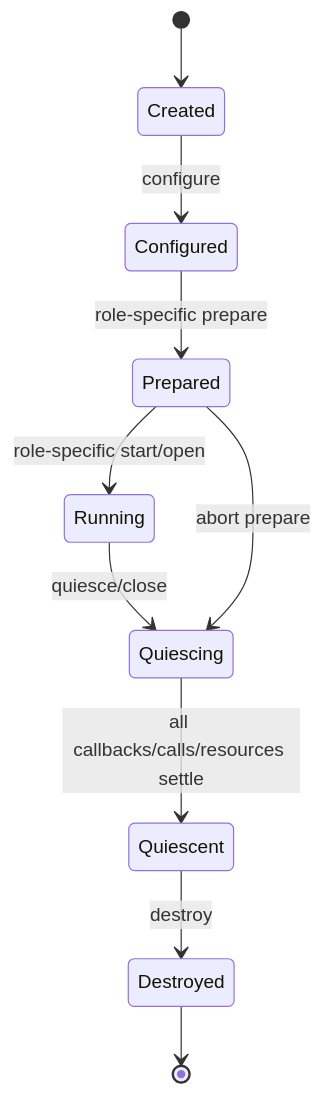
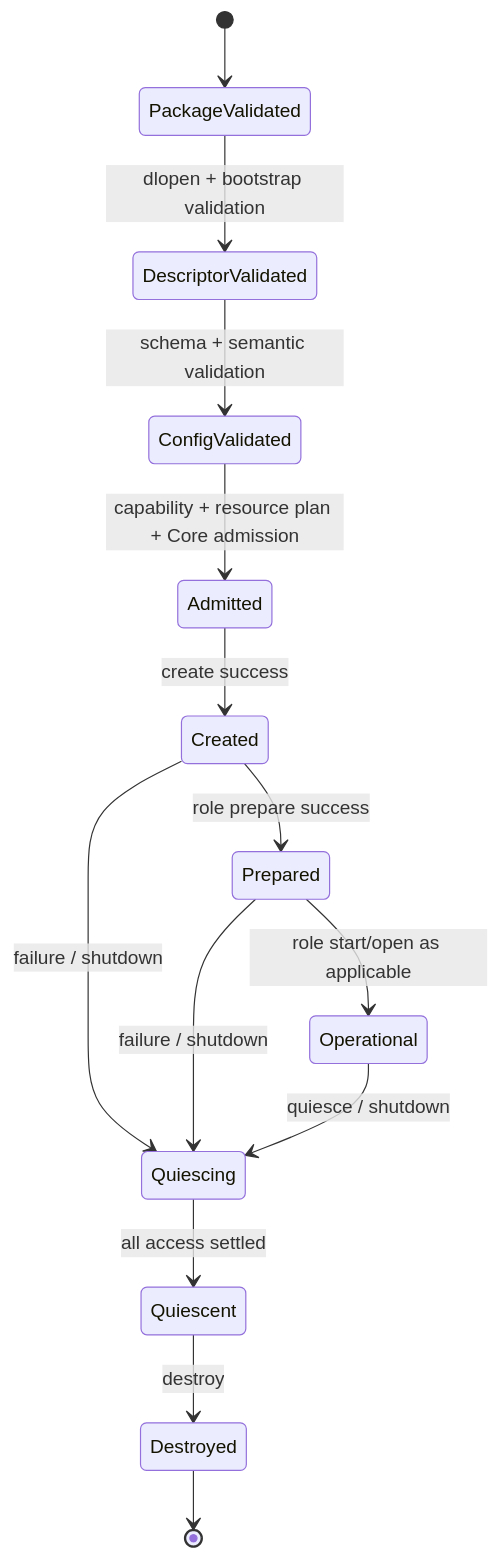
The diagram in docs/design/plugin.md (SiYueY/rodaq), drawn with Mermaid before and after one commit. The commit also changed other lines of this file and 6 other files, not shown here.

````diff
--- a/docs/design/plugin.md
+++ b/docs/design/plugin.md
@@ -268,12 +264,16 @@
 ```mermaid
 stateDiagram-v2
-    [*] --> Created
-    Created --> Configured: configure
-    Configured --> Prepared: role-specific prepare
-    Prepared --> Running: role-specific start/open
-    Running --> Quiescing: quiesce/close
-    Quiescing --> Quiescent: all callbacks/calls/resources settle
-    Prepared --> Quiescing: abort prepare
+    [*] --> PackageValidated
+    PackageValidated --> DescriptorValidated: dlopen + bootstrap validation
+    DescriptorValidated --> ConfigValidated: schema + semantic validation
+    ConfigValidated --> Admitted: capability + resource plan + Core admission
+    Admitted --> Created: create success
+    Created --> Prepared: role prepare success
+    Prepared --> Operational: role start/open as applicable
+    Created --> Quiescing: failure / shutdown
+    Prepared --> Quiescing: failure / shutdown
+    Operational --> Quiescing: quiesce / shutdown
+    Quiescing --> Quiescent: all access settled
     Quiescent --> Destroyed: destroy
     Destroyed --> [*]
 ```
````
